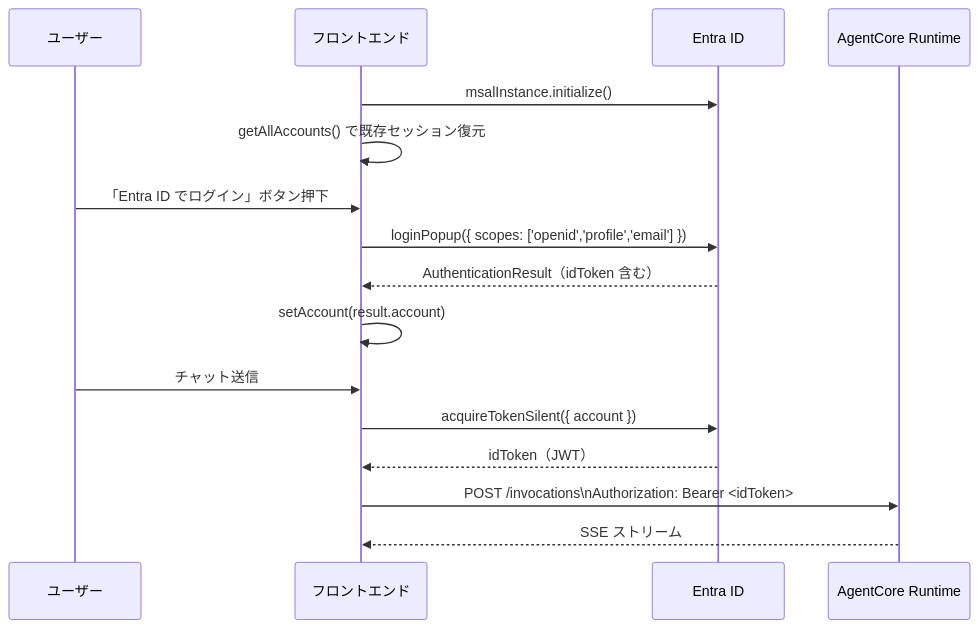
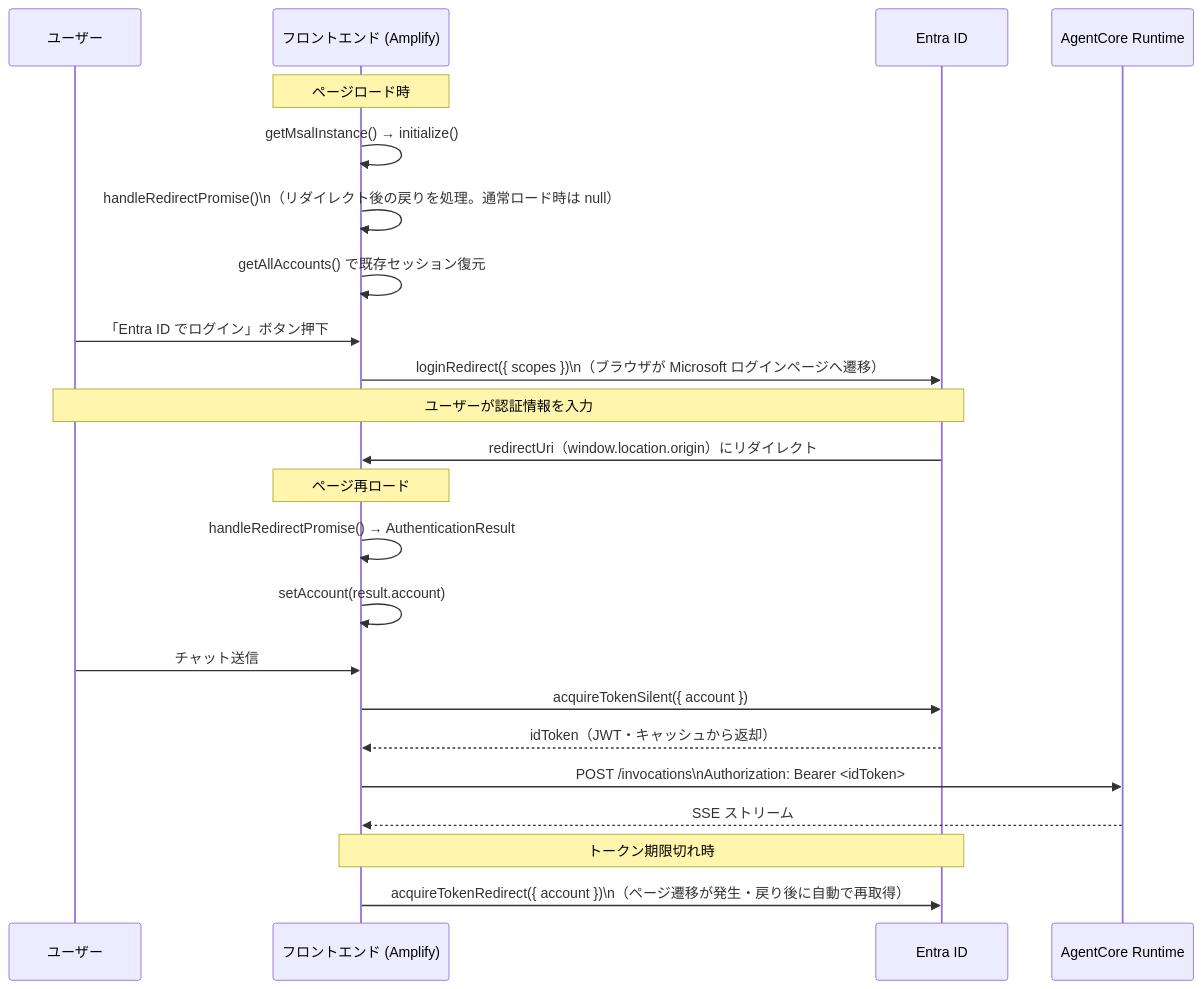
One commit to okuokukouki/mini-chat-app changed the fourth of 4 diagrams in docs/design/frontend.md. Above: the diagram before and after it, drawn with Mermaid. The commit also changed other lines of this file and 9 other files, not shown here.

````diff
--- a/docs/design/frontend.md
+++ b/docs/design/frontend.md
@@ -211,21 +214,29 @@
 ```mermaid
 sequenceDiagram
     participant User as ユーザー
-    participant FE as フロントエンド
+    participant FE as フロントエンド (Amplify)
     participant Entra as Entra ID
     participant RT as AgentCore Runtime
 
-    FE->>Entra: msalInstance.initialize()
+    Note over FE: ページロード時
+    FE->>FE: getMsalInstance() → initialize()
+    FE->>FE: handleRedirectPromise()\n（リダイレクト後の戻りを処理。通常ロード時は null）
     FE->>FE: getAllAccounts() で既存セッション復元
 
     User->>FE: 「Entra ID でログイン」ボタン押下
-    FE->>Entra: loginPopup({ scopes: ['openid','profile','email'] })
-    Entra-->>FE: AuthenticationResult（idToken 含む）
+    FE->>Entra: loginRedirect({ scopes })\n（ブラウザが Microsoft ログインページへ遷移）
+    Note over User,Entra: ユーザーが認証情報を入力
+    Entra->>FE: redirectUri（window.location.origin）にリダイレクト
+    Note over FE: ページ再ロード
+    FE->>FE: handleRedirectPromise() → AuthenticationResult
     FE->>FE: setAccount(result.account)
 
     User->>FE: チャット送信
     FE->>Entra: acquireTokenSilent({ account })
-    Entra-->>FE: idToken（JWT）
+    Entra-->>FE: idToken（JWT・キャッシュから返却）
     FE->>RT: POST /invocations\nAuthorization: Bearer <idToken>
     RT-->>FE: SSE ストリーム
+
+    Note over FE,Entra: トークン期限切れ時
+    FE->>Entra: acquireTokenRedirect({ account })\n（ページ遷移が発生・戻り後に自動で再取得）
 ```
````
